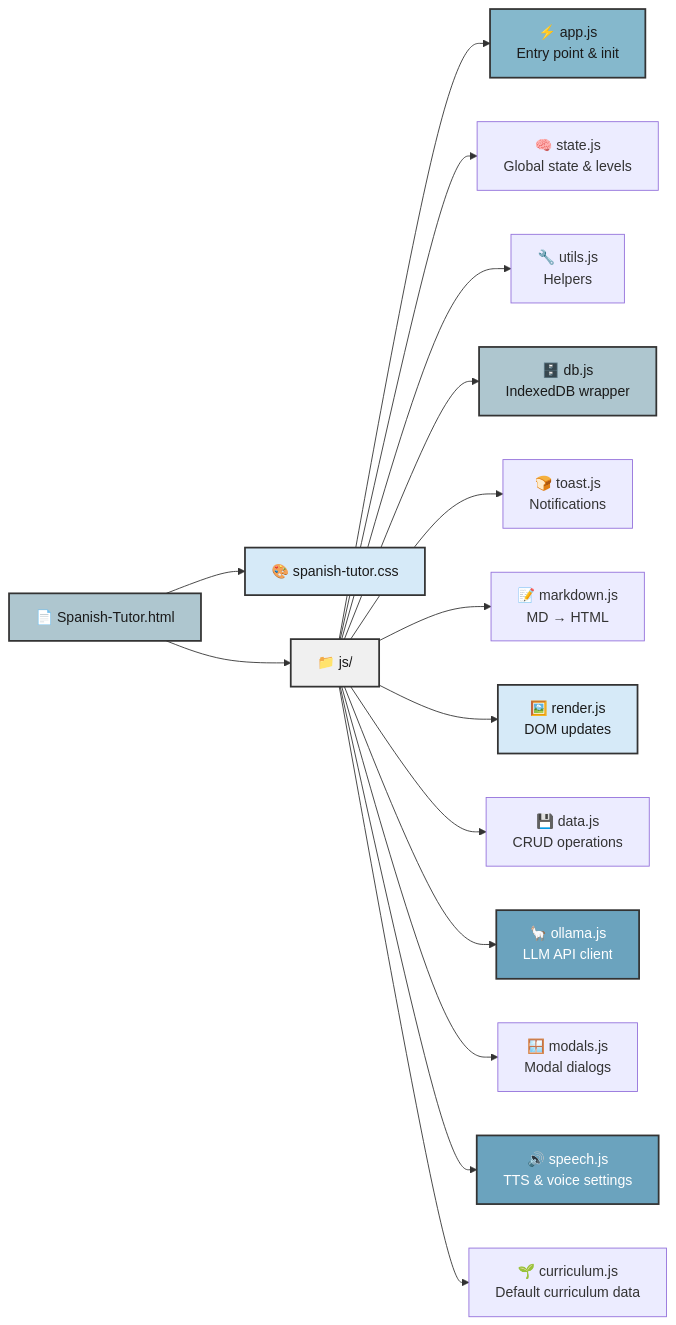
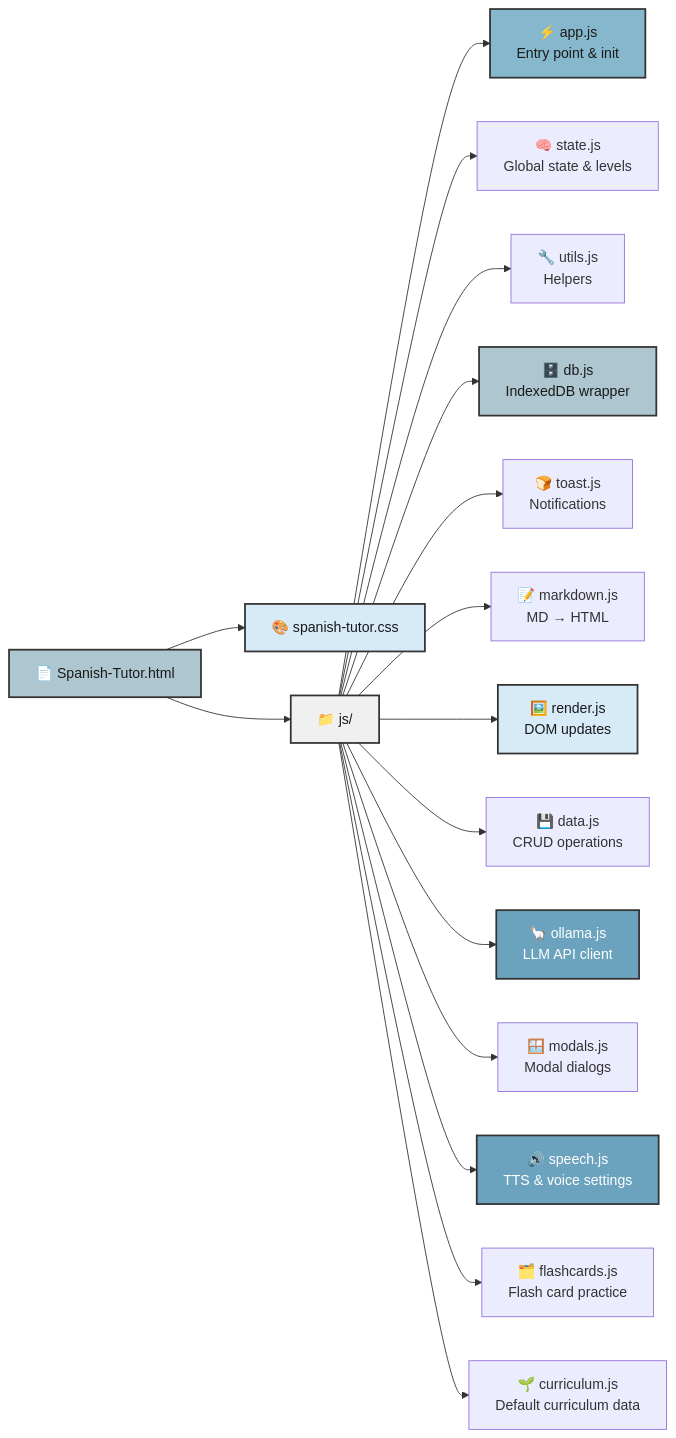
Before and after one commit to alangarrod/Spanish-Tutor: the fourth of 4 diagrams in README.md, drawn with Mermaid. The commit also changed other lines of this file and 1 other file, not shown here.

````diff
--- a/README.md
+++ b/README.md
@@ -139,27 +142,28 @@
 ```mermaid
 graph LR
     HTML["📄 Spanish-Tutor.html"] --> CSS["🎨 spanish-tutor.css"]
     HTML --> JS["📁 js/"]
 
     JS --> app["⚡ app.js<br/>Entry point & init"]
     JS --> state["🧠 state.js<br/>Global state & levels"]
     JS --> utils["🔧 utils.js<br/>Helpers"]
     JS --> db["🗄️ db.js<br/>IndexedDB wrapper"]
     JS --> toast["🍞 toast.js<br/>Notifications"]
     JS --> markdown["📝 markdown.js<br/>MD → HTML"]
     JS --> render["🖼️ render.js<br/>DOM updates"]
     JS --> data["💾 data.js<br/>CRUD operations"]
     JS --> ollama["🦙 ollama.js<br/>LLM API client"]
     JS --> modals["🪟 modals.js<br/>Modal dialogs"]
     JS --> speech["🔊 speech.js<br/>TTS & voice settings"]
+    JS --> flashcards["🗂️ flashcards.js<br/>Flash card practice"]
     JS --> curriculum["🌱 curriculum.js<br/>Default curriculum data"]
 
     style HTML fill:#AEC6CF,stroke:#333,stroke-width:2px,color:#1a1a1a
     style CSS fill:#D6EAF8,stroke:#333,stroke-width:2px,color:#1a1a1a
     style JS fill:#F0F0F0,stroke:#333,stroke-width:2px,color:#1a1a1a
     style app fill:#85B8CC,stroke:#333,stroke-width:2px,color:#1a1a1a
     style ollama fill:#6BA3BE,stroke:#333,stroke-width:2px,color:#fff
     style speech fill:#6BA3BE,stroke:#333,stroke-width:2px,color:#fff
     style db fill:#AEC6CF,stroke:#333,stroke-width:2px,color:#1a1a1a
     style render fill:#D6EAF8,stroke:#333,stroke-width:2px,color:#1a1a1a
 ```
````
